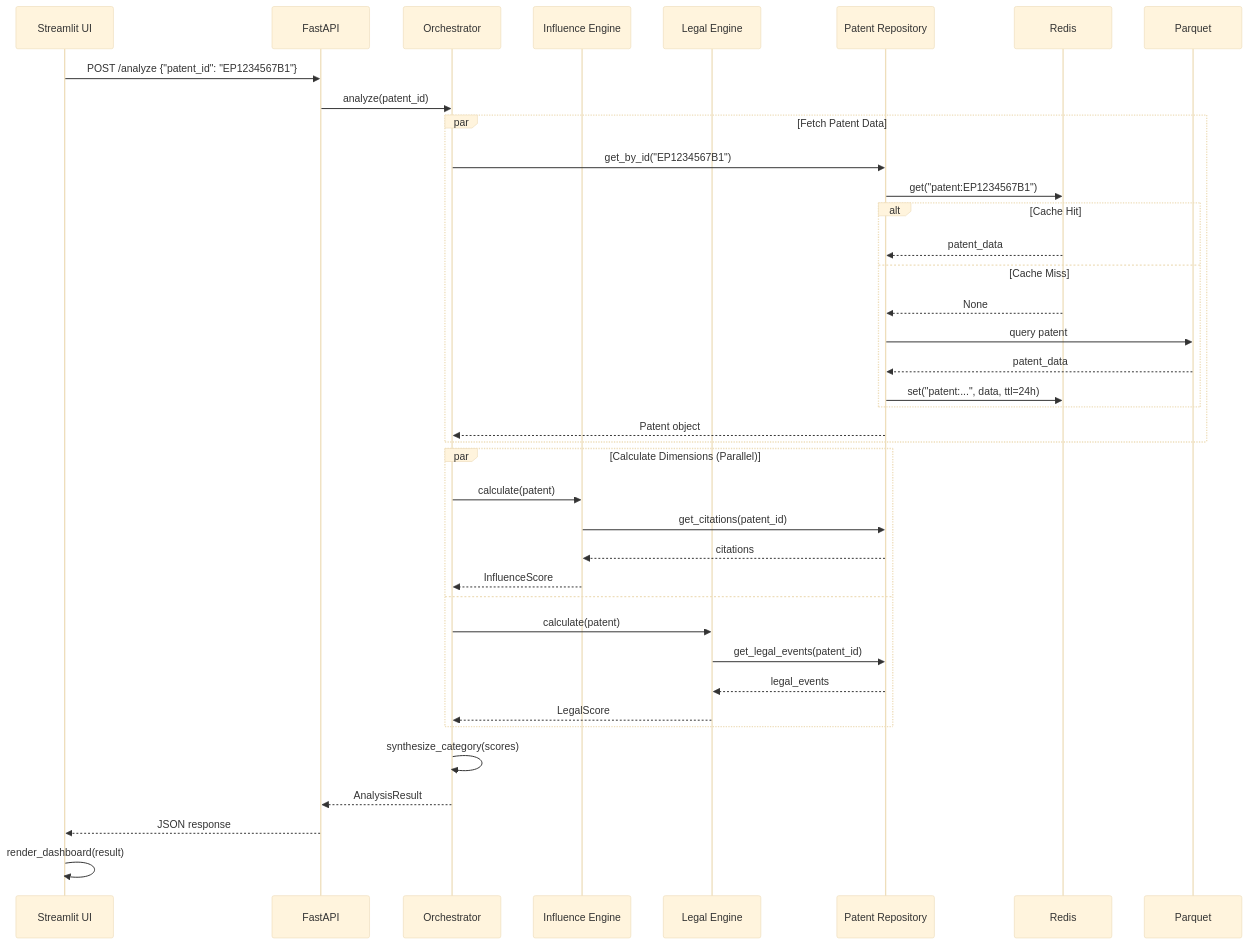
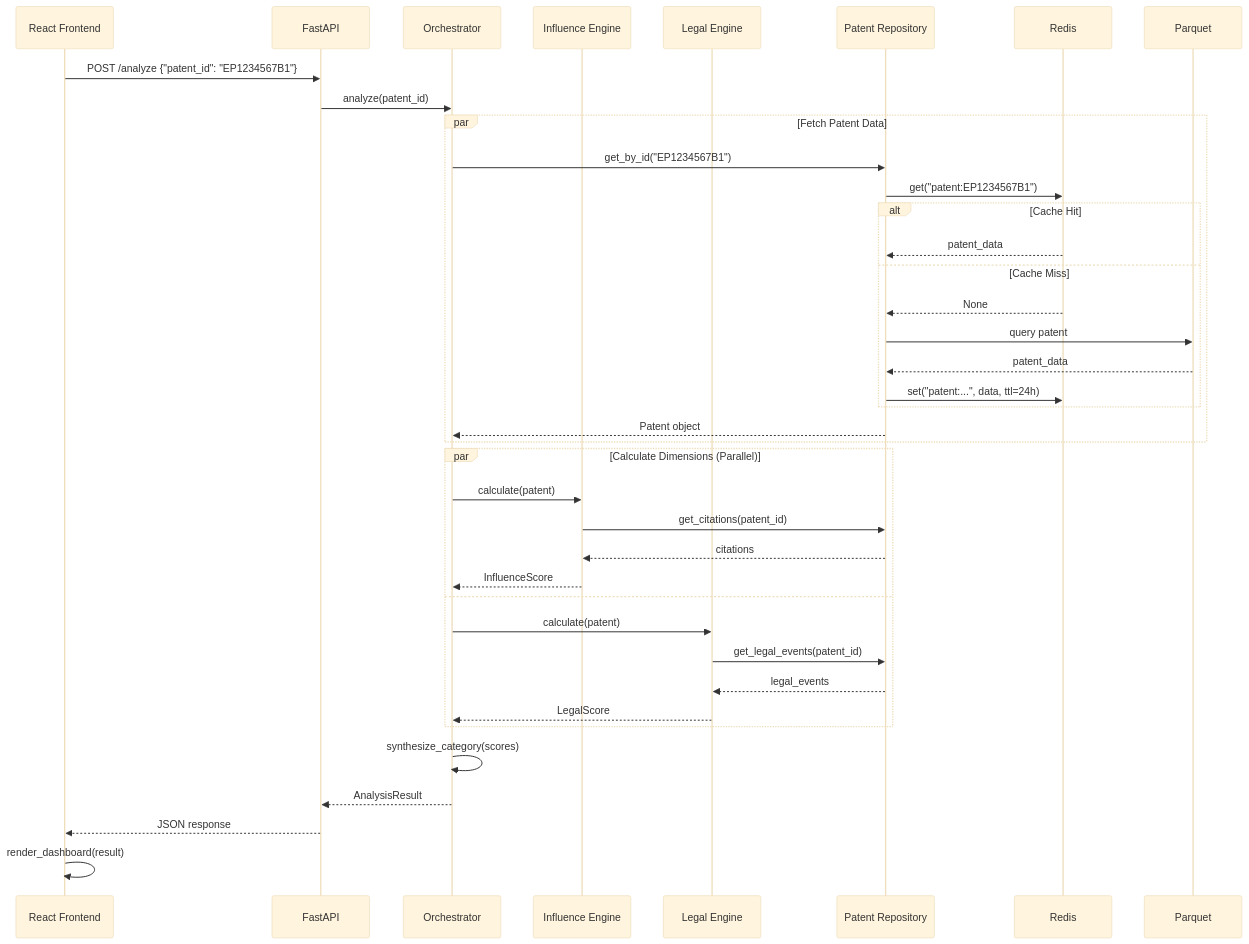
Before and after one commit to aerkn1/patent-iq: the second of 5 diagrams in docs/project/architecture.md, drawn with Mermaid (base theme). The commit also changed other lines of this file and 1858 other files, not shown here.

````diff
--- a/docs/project/architecture.md
+++ b/docs/project/architecture.md
@@ -634,45 +643,45 @@
 ```mermaid
 sequenceDiagram
-    participant UI as Streamlit UI
+    participant UI as React Frontend
     participant API as FastAPI
     participant ORCH as Orchestrator
     participant INF as Influence Engine
     participant LEG as Legal Engine
     participant REPO as Patent Repository
     participant CACHE as Redis
     participant DATA as Parquet
 
     UI->>API: POST /analyze {"patent_id": "EP1234567B1"}
     API->>ORCH: analyze(patent_id)
     
     par Fetch Patent Data
         ORCH->>REPO: get_by_id("EP1234567B1")
         REPO->>CACHE: get("patent:EP1234567B1")
         alt Cache Hit
             CACHE-->>REPO: patent_data
         else Cache Miss
             CACHE-->>REPO: None
             REPO->>DATA: query patent
             DATA-->>REPO: patent_data
             REPO->>CACHE: set("patent:...", data, ttl=24h)
         end
         REPO-->>ORCH: Patent object
     end
     
     par Calculate Dimensions (Parallel)
         ORCH->>INF: calculate(patent)
         INF->>REPO: get_citations(patent_id)
         REPO-->>INF: citations
         INF-->>ORCH: InfluenceScore
     and
         ORCH->>LEG: calculate(patent)
         LEG->>REPO: get_legal_events(patent_id)
         REPO-->>LEG: legal_events
         LEG-->>ORCH: LegalScore
     end
     
     ORCH->>ORCH: synthesize_category(scores)
     ORCH-->>API: AnalysisResult
     API-->>UI: JSON response
     UI->>UI: render_dashboard(result)
 ```
````
